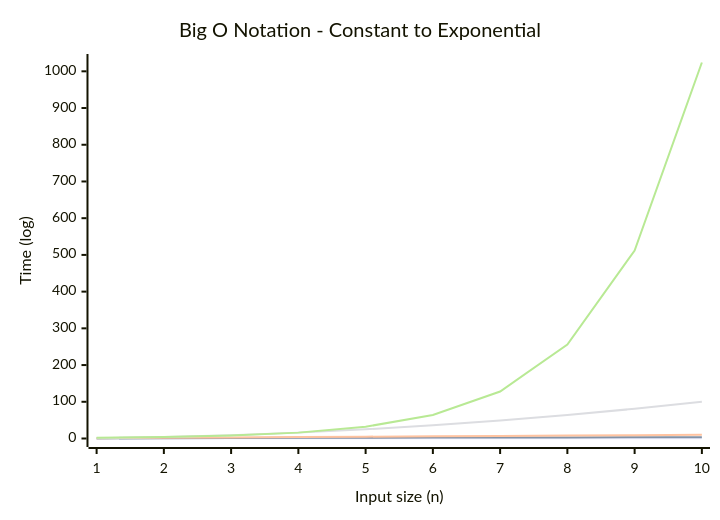
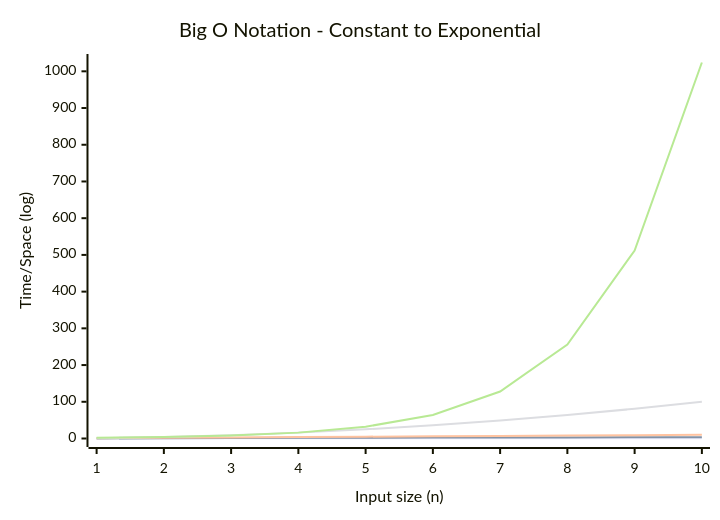
Before and after one commit to CodeYourFuture/curriculum: the first of 6 diagrams in common-content/en/module/complexity/big-o/index.md, drawn with Mermaid. The commit also changed other lines of this file, not shown here.

````diff
--- a/common-content/en/module/complexity/big-o/index.md
+++ b/common-content/en/module/complexity/big-o/index.md
@@ -15,12 +15,12 @@
 ```mermaid
 
 xychart-beta
 title "Big O Notation - Constant to Exponential"
 x-axis "Input size (n)" [1, 2, 3, 4, 5, 6, 7, 8, 9, 10]
-y-axis "Time (log)" 0 --> 1024
+y-axis "Time/Space (log)" 0 --> 1024
 line [1, 1, 1, 1, 1, 1, 1, 1, 1, 1]
 line [0, 1, 1.6, 2, 2.3, 2.6, 2.8, 3, 3.2, 3.3]
 line [1, 2, 3, 4, 5, 6, 7, 8, 9, 10]
 line [1, 4, 9, 16, 25, 36, 49, 64, 81, 100]
 line [2, 4, 8, 16, 32, 64, 128, 256, 512, 1024]
 ```
````
